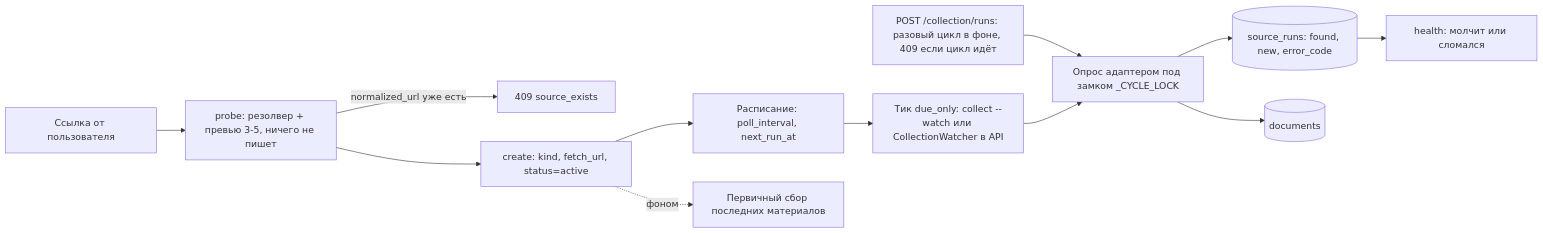
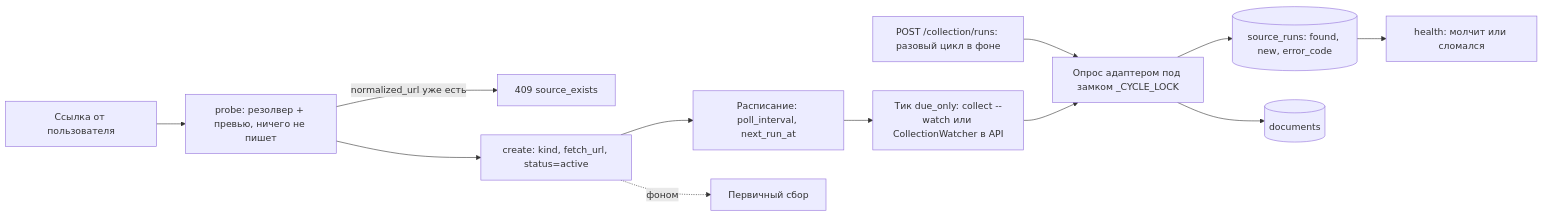
The second of 4 diagrams in docs/architecture.md (youngwow/ai-analytics-hub), drawn with Mermaid before and after one commit. The commit also changed other lines of this file and 17 other files, not shown here.

````diff
--- a/docs/architecture.md
+++ b/docs/architecture.md
@@ -79,14 +114,14 @@
 ```mermaid
 flowchart LR
-    L[Ссылка от пользователя] --> PR[probe: резолвер + превью 3-5, ничего не пишет]
+    L[Ссылка от пользователя] --> PR[probe: резолвер + превью, ничего не пишет]
     PR -->|normalized_url уже есть| EX[409 source_exists]
     PR --> CR[create: kind, fetch_url, status=active]
     CR --> SCH[Расписание: poll_interval, next_run_at]
-    CR -. фоном .-> BF[Первичный сбор последних материалов]
+    CR -. фоном .-> BF[Первичный сбор]
     SCH --> TICK[Тик due_only: collect --watch или CollectionWatcher в API]
-    ONE[POST /collection/runs: разовый цикл в фоне, 409 если цикл идёт] --> POLL
+    ONE[POST /collection/runs: разовый цикл в фоне] --> POLL
     TICK --> POLL[Опрос адаптером под замком _CYCLE_LOCK]
     POLL --> RUNS[(source_runs: found, new, error_code)]
     POLL --> DOCS[(documents)]
     RUNS --> HE[health: молчит или сломался]
 ```
````
